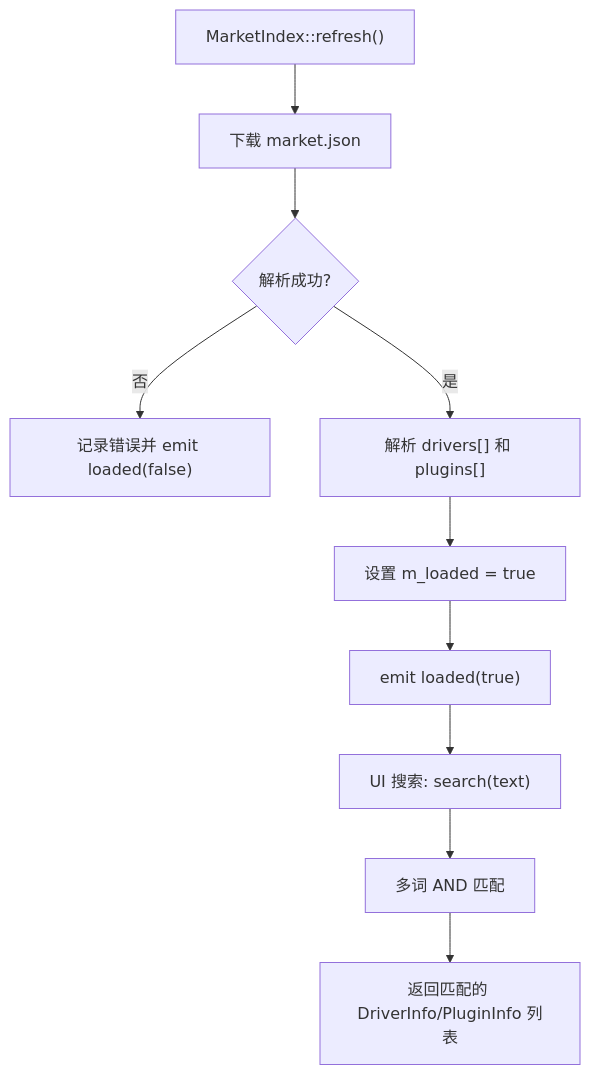
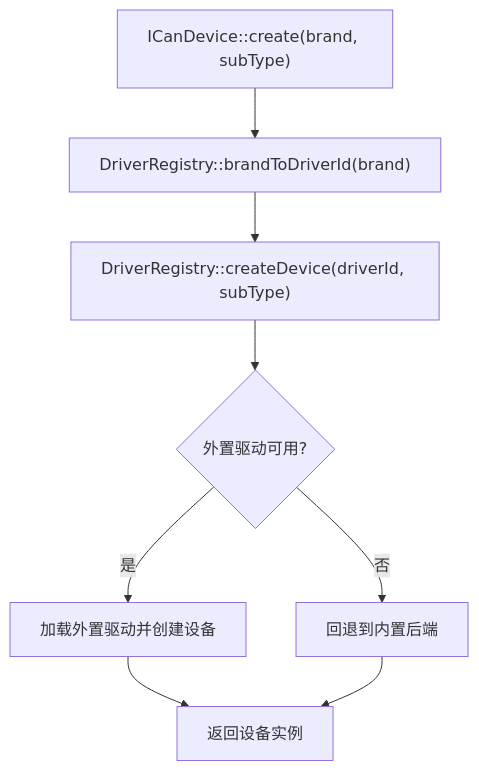
Before and after one commit to jakecai1225-design/OpenBus: the fifth of 6 diagrams in .qoder/repowiki/zh/content/架构设计/驱动系统方案.md, drawn with Mermaid. The commit also changed other lines of this file and 58 other files, not shown here.

````diff
--- a/.qoder/repowiki/zh/content/架构设计/驱动系统方案.md
+++ b/.qoder/repowiki/zh/content/架构设计/驱动系统方案.md
@@ -288,12 +227,10 @@
 ```mermaid
 flowchart TD
-A["MarketIndex::refresh()"] --> B["下载 market.json"]
-B --> C{"解析成功?"}
-C -- 否 --> D["记录错误并 emit loaded(false)"]
-C -- 是 --> E["解析 drivers[] 和 plugins[]"]
-E --> F["设置 m_loaded = true"]
-F --> G["emit loaded(true)"]
-G --> H["UI 搜索: search(text)"]
-H --> I["多词 AND 匹配"]
-I --> J["返回匹配的 DriverInfo/PluginInfo 列表"]
+A["ICanDevice::create(brand, subType)"] --> B["DriverRegistry::brandToDriverId(brand)"]
+B --> C["DriverRegistry::createDevice(driverId, subType)"]
+C --> D{"外置驱动可用?"}
+D -- 是 --> E["加载外置驱动并创建设备"]
+D -- 否 --> F["回退到内置后端"]
+E --> G["返回设备实例"]
+F --> G
 ```
````
